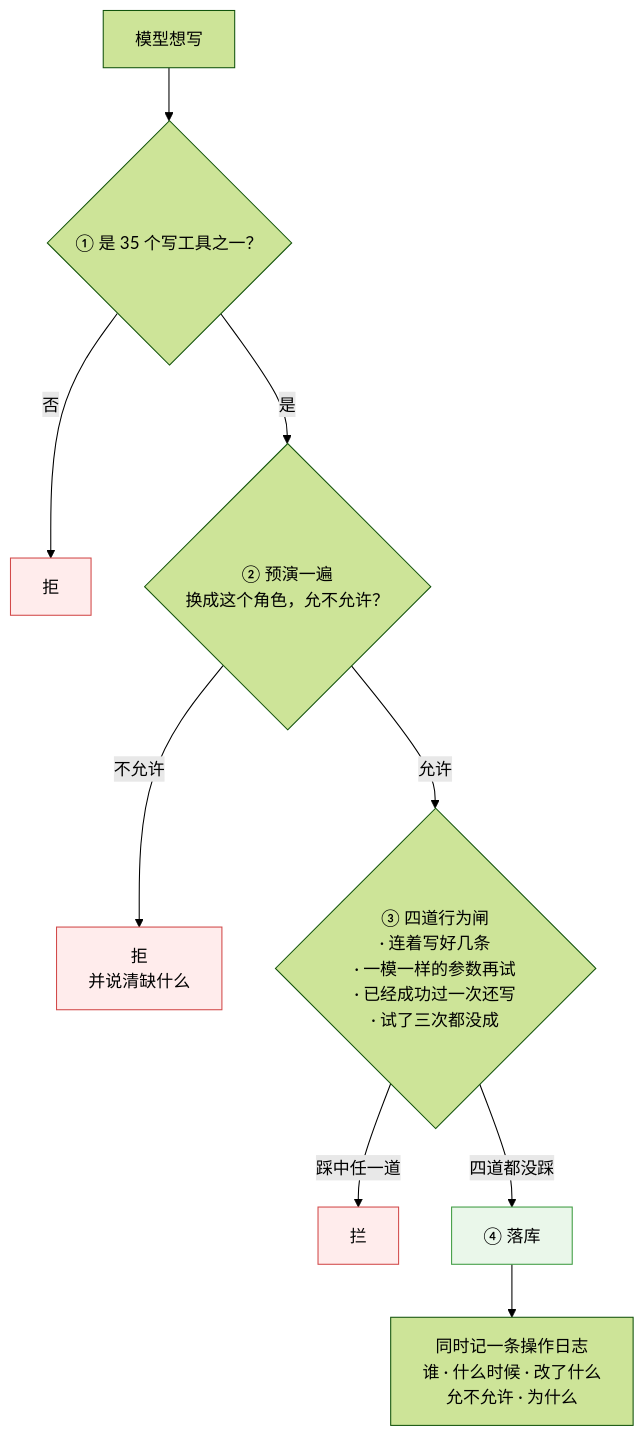
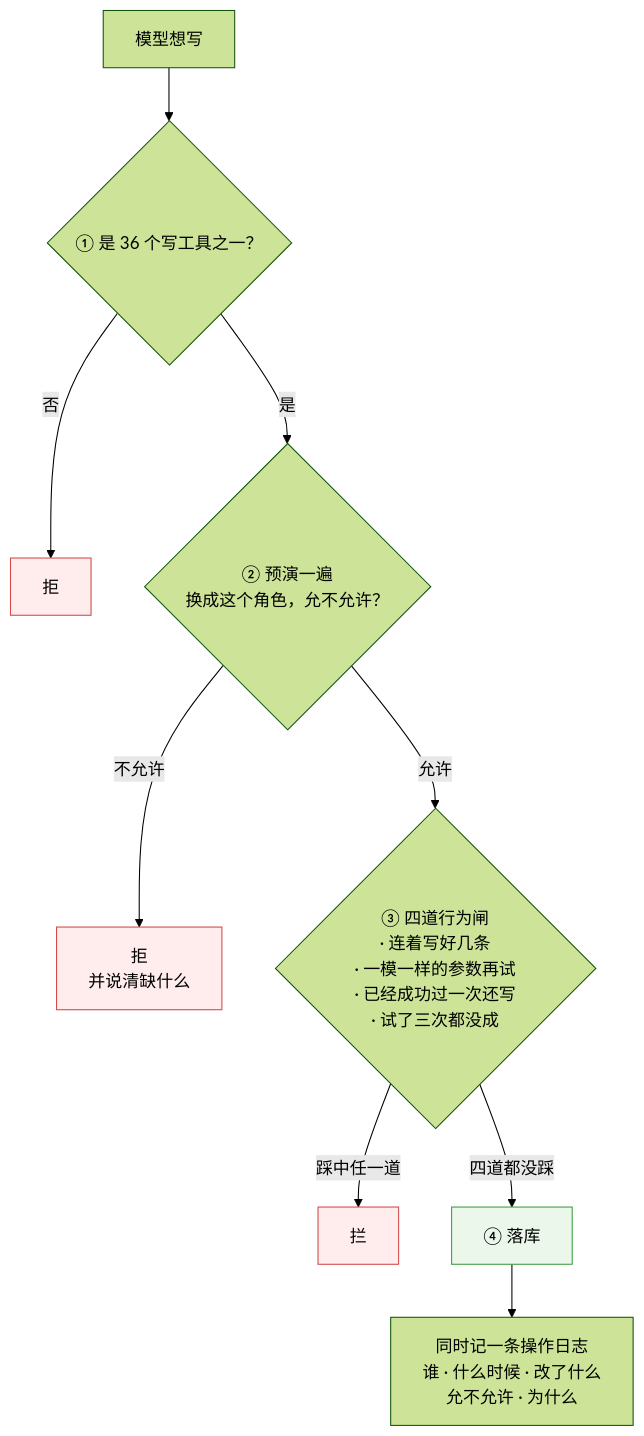
One commit to 843773296-rgb/lanxiu-yunshang-agent changed the second of 3 diagrams in 澜绣云裳agent-产品说明.md. Above: the diagram before and after it, drawn with Mermaid (forest theme). The commit also changed other lines of this file and 21 other files, not shown here.

````diff
--- a/澜绣云裳agent-产品说明.md
+++ b/澜绣云裳agent-产品说明.md
@@ -325,16 +327,16 @@
 ```mermaid
 flowchart TD
-    A["模型想写"] --> B{"① 是 35 个写工具之一？"}
+    A["模型想写"] --> B{"① 是 36 个写工具之一？"}
     B -- 否 --> X1["拒"]
     B -- 是 --> C{"② 预演一遍<br/>换成这个角色，允不允许？"}
     C -- 不允许 --> X2["拒<br/>并说清缺什么"]
     C -- 允许 --> D{"③ 四道行为闸<br/>· 连着写好几条<br/>· 一模一样的参数再试<br/>· 已经成功过一次还写<br/>· 试了三次都没成"}
     D -- "踩中任一道" --> X3["拦"]
     D -- "四道都没踩" --> E["④ 落库"]
     E --> F["同时记一条操作日志<br/>谁 · 什么时候 · 改了什么<br/>允不允许 · 为什么"]
 
     style X1 fill:#ffecec,stroke:#d24a4a
     style X2 fill:#ffecec,stroke:#d24a4a
     style X3 fill:#ffecec,stroke:#d24a4a
     style E fill:#eaf7ea,stroke:#3f9c42
 ```
````
